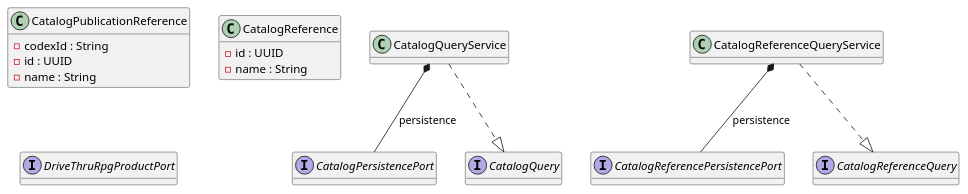
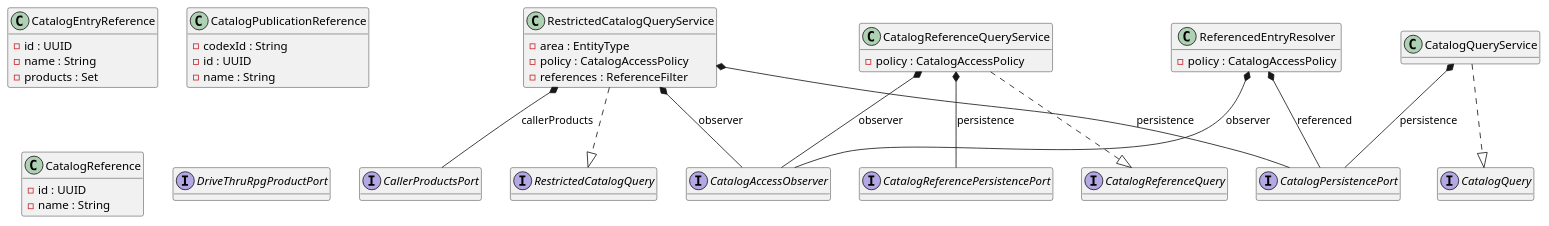
Before and after one commit to Paladins-Inn/torg-codex: the diagram in docs/modules/arc42/images/uml/classes/torg-codex-application-ports.puml, drawn with PlantUML. The commit also changed 176 other files, not shown here.

```diff
--- a/docs/modules/arc42/images/uml/classes/torg-codex-application-ports.puml
+++ b/docs/modules/arc42/images/uml/classes/torg-codex-application-ports.puml
@@ -1,83 +1,145 @@
 @startuml
+
+interface CallerProductsPort {
+	{method}  {abstract} +current () : OwnedProducts
+}
+
+
+interface CatalogAccessObserver {
+	{method}  {abstract} +entryWithoutProducts ( area : EntityType , id : UUID , name : String ) : void
+}
+
+
+class CatalogEntryReference {
+	{field} -id : UUID
+	{field} -name : String
+	{field} -products : Set
+	{method} +entityType () : EntityType
+	{method} +equals ( o : Object ) : boolean
+	{method} +hashCode () : int
+	{method} +id () : UUID
+	{method} +name () : String
+	{method} +products () : Set
+	{method} +toString () : String
+}
+
 
 interface CatalogPersistencePort {
 	{method}  {abstract} +findAll () : List
+	{method} +findAllById ( ids : Collection ) : List
 	{method}  {abstract} +findByCosm ( cosm : String ) : List
 	{method}  {abstract} +findById ( id : UUID ) : Optional
 }
 
 
 class CatalogPublicationReference {
 	{field} -codexId : String
 	{field} -id : UUID
 	{field} -name : String
 	{method} +codexId () : String
 	{method} +equals ( o : Object ) : boolean
 	{method} +hashCode () : int
 	{method} +id () : UUID
 	{method} +name () : String
 	{method} +toString () : String
 }
 
 
 interface CatalogQuery {
 	{method}  {abstract} +findAll () : List
 	{method}  {abstract} +findByCosm ( cosm : String ) : List
 	{method}  {abstract} +findById ( id : UUID ) : Optional
 }
 
 
 class CatalogQueryService {
 	{method} +findAll () : List
 	{method} +findByCosm ( cosm : String ) : List
 	{method} +findById ( id : UUID ) : Optional
 }
 
 
 class CatalogReference {
 	{field} -id : UUID
 	{field} -name : String
 	{method} +equals ( o : Object ) : boolean
 	{method} +hashCode () : int
 	{method} +id () : UUID
 	{method} +name () : String
 	{method} +toString () : String
 }
 
 
 interface CatalogReferencePersistencePort {
 	{method}  {abstract} +findCosmBySlug ( slug : String ) : Optional
 	{method}  {abstract} +findPublicationByCodexId ( codexId : String ) : Optional
 	{method}  {abstract} +findPublicationsByProductId ( productId : int ) : List
 }
 
 
 interface CatalogReferenceQuery {
 	{method}  {abstract} +findCosmBySlug ( slug : String ) : Optional
 	{method}  {abstract} +findPublicationByCodexId ( codexId : String ) : Optional
 	{method}  {abstract} +findPublicationsByProductId ( productId : int ) : List
 }
 
 
 class CatalogReferenceQueryService {
+	{field} -policy : CatalogAccessPolicy
 	{method} +findCosmBySlug ( slug : String ) : Optional
 	{method} +findPublicationByCodexId ( codexId : String ) : Optional
 	{method} +findPublicationsByProductId ( productId : int ) : List
+	{method} -visibleReference ( cosm : CatalogEntryReference ) : Optional
 }
 
 
 interface DriveThruRpgProductPort {
 	{method}  {abstract} +findProduct ( productId : String ) : Optional
 }
 
 
+class ReferencedEntryResolver {
+	{field} -policy : CatalogAccessPolicy
+	{method} -accessibleIds ( requested : Set , owned : OwnedProducts ) : Set
+	{method} +filter ( entries : List , owned : OwnedProducts ) : List
+}
+
+
+interface RestrictedCatalogQuery {
+	{method}  {abstract} +findAll () : List
+	{method}  {abstract} +findByCosm ( cosm : String ) : List
+	{method}  {abstract} +findById ( id : UUID ) : EntryAccess
+}
+
+
+class RestrictedCatalogQueryService {
+	{field} -area : EntityType
+	{field} -policy : CatalogAccessPolicy
+	{field} -references : ReferenceFilter
+	{method} -access ( entry : ProductBoundEntry , owned : OwnedProducts ) : EntryAccess
+	{method} -decide ( entry : ProductBoundEntry , owned : OwnedProducts ) : AccessDecision
+	{method} +findAll () : List
+	{method} +findByCosm ( cosm : String ) : List
+	{method} +findById ( id : UUID ) : EntryAccess
+	{method} -granted ( candidates : List , owned : OwnedProducts ) : List
+	{method}  {static} +withReferences ( area : EntityType , persistence : CatalogPersistencePort , callerProducts : CallerProductsPort , observer : CatalogAccessObserver , policy : CatalogAccessPolicy , resolver : ReferencedEntryResolver ) : RestrictedCatalogQueryService
+}
+
+
 
 
 CatalogQueryService *--  CatalogPersistencePort : persistence
 CatalogQueryService ..|>  CatalogQuery
+CatalogReferenceQueryService *--  CatalogAccessObserver : observer
 CatalogReferenceQueryService *--  CatalogReferencePersistencePort : persistence
 CatalogReferenceQueryService ..|>  CatalogReferenceQuery
+ReferencedEntryResolver *--  CatalogAccessObserver : observer
+ReferencedEntryResolver *--  CatalogPersistencePort : referenced
+RestrictedCatalogQueryService *--  CallerProductsPort : callerProducts
+RestrictedCatalogQueryService *--  CatalogAccessObserver : observer
+RestrictedCatalogQueryService *--  CatalogPersistencePort : persistence
+RestrictedCatalogQueryService ..|>  RestrictedCatalogQuery
 
 hide methods
 
 @enduml
```
